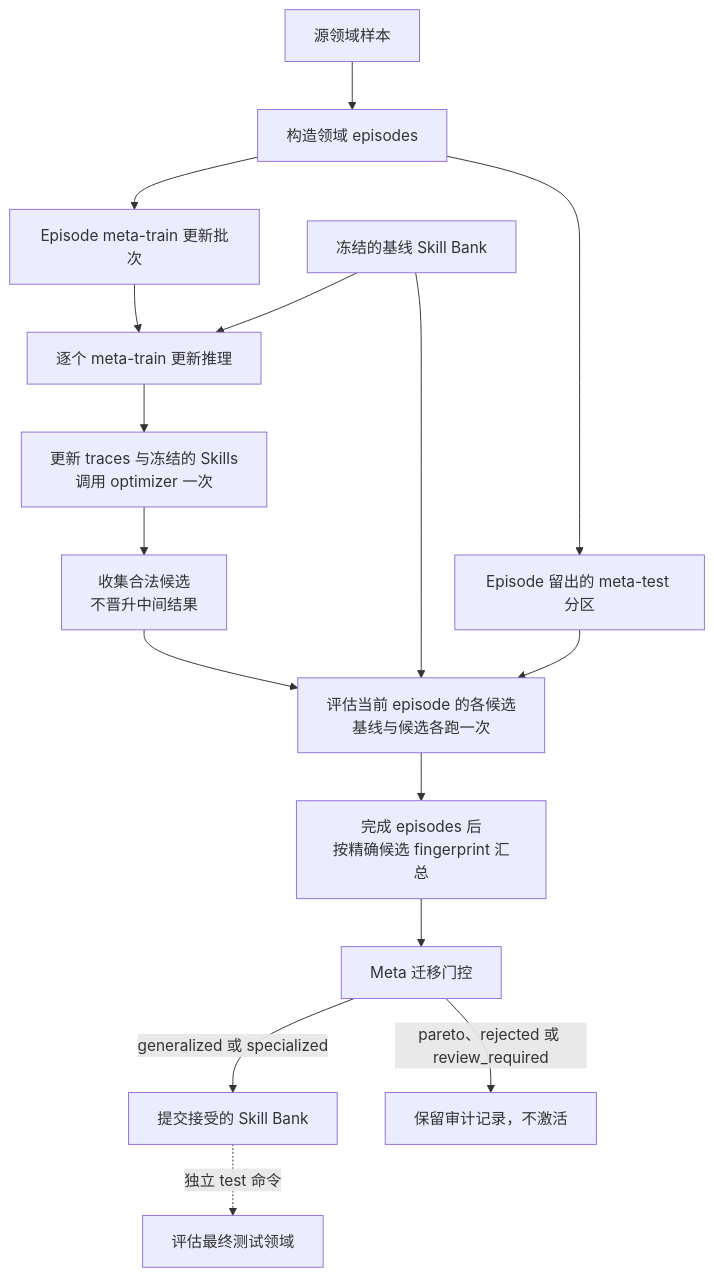
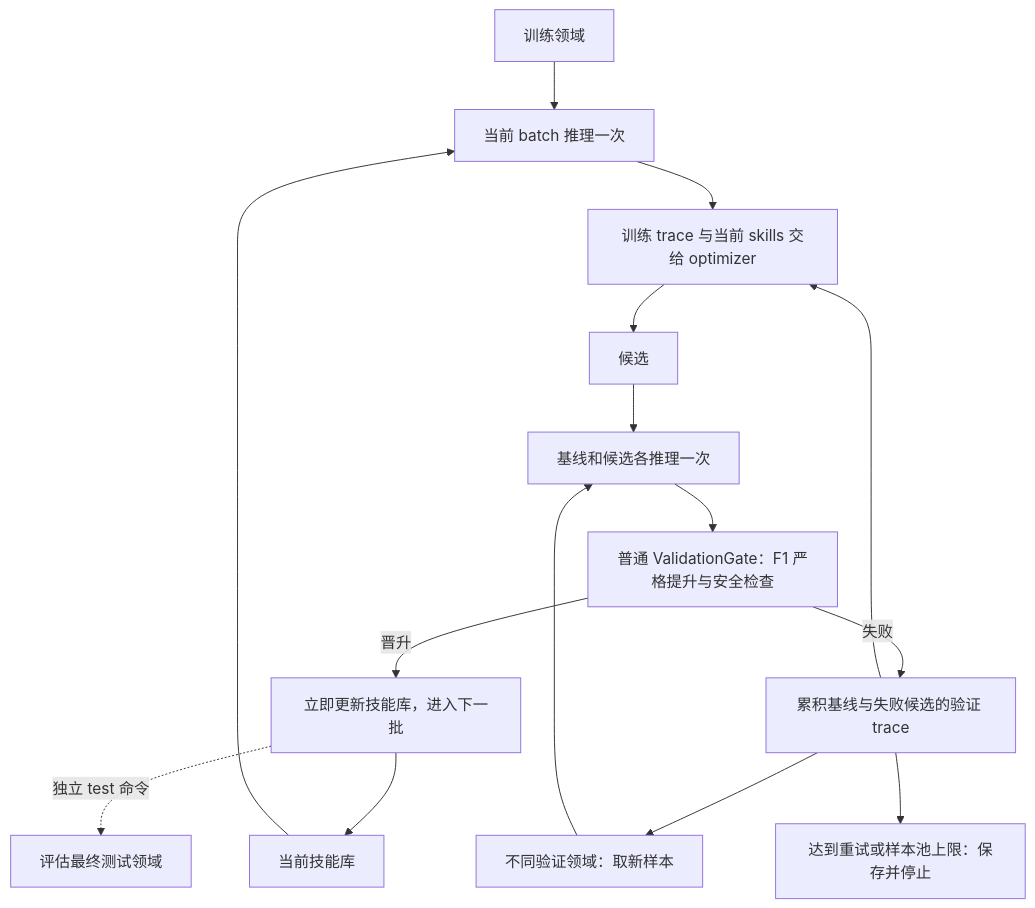
One commit to FengyuanYin/EvoFactSkill changed the fourth of 5 diagrams in README.zh-CN.md. Above: the diagram before and after it, drawn with Mermaid. The commit also changed other lines of this file and 12 other files, not shown here.

Commit message:
feat: add isolated batch meta and adversarial evolution routes

````diff
--- a/README.zh-CN.md
+++ b/README.zh-CN.md
@@ -110,18 +110,17 @@
 ```mermaid
 flowchart TD
-    A["源领域样本"] --> E["构造领域 episodes"]
-    E --> R["Episode meta-train 更新批次"]
-    E --> V["Episode 留出的 meta-test 分区"]
-    S["冻结的基线 Skill Bank"] --> I["逐个 meta-train 更新推理"]
-    R --> I
-    I --> O["更新 traces 与冻结的 Skills<br/>调用 optimizer 一次"]
-    O --> C["收集合法候选<br/>不晋升中间结果"]
-    C --> P["评估当前 episode 的各候选<br/>基线与候选各跑一次"]
-    S --> P
-    V --> P
-    P --> X["完成 episodes 后<br/>按精确候选 fingerprint 汇总"]
-    X --> G["Meta 迁移门控"]
-    G -->|generalized 或 specialized| U["提交接受的 Skill Bank"]
-    G -->|pareto、rejected 或 review_required| K["保留审计记录，不激活"]
+    A["训练领域"] --> I["当前 batch 推理一次"]
+    S["当前技能库"] --> I
+    I --> O["训练 trace 与当前 skills 交给 optimizer"]
+    O --> C["候选"]
+    V["不同验证领域：取新样本"] --> P["基线和候选各推理一次"]
+    C --> P
+    P --> G["普通 ValidationGate：F1 严格提升与安全检查"]
+    G -->|晋升| U["立即更新技能库，进入下一批"]
+    U --> S
+    G -->|失败| T["累积基线与失败候选的验证 trace"]
+    T --> O
+    T --> V
+    T --> L["达到重试或样本池上限：保存并停止"]
     U -. 独立 test 命令 .-> F["评估最终测试领域"]
 ```
````
